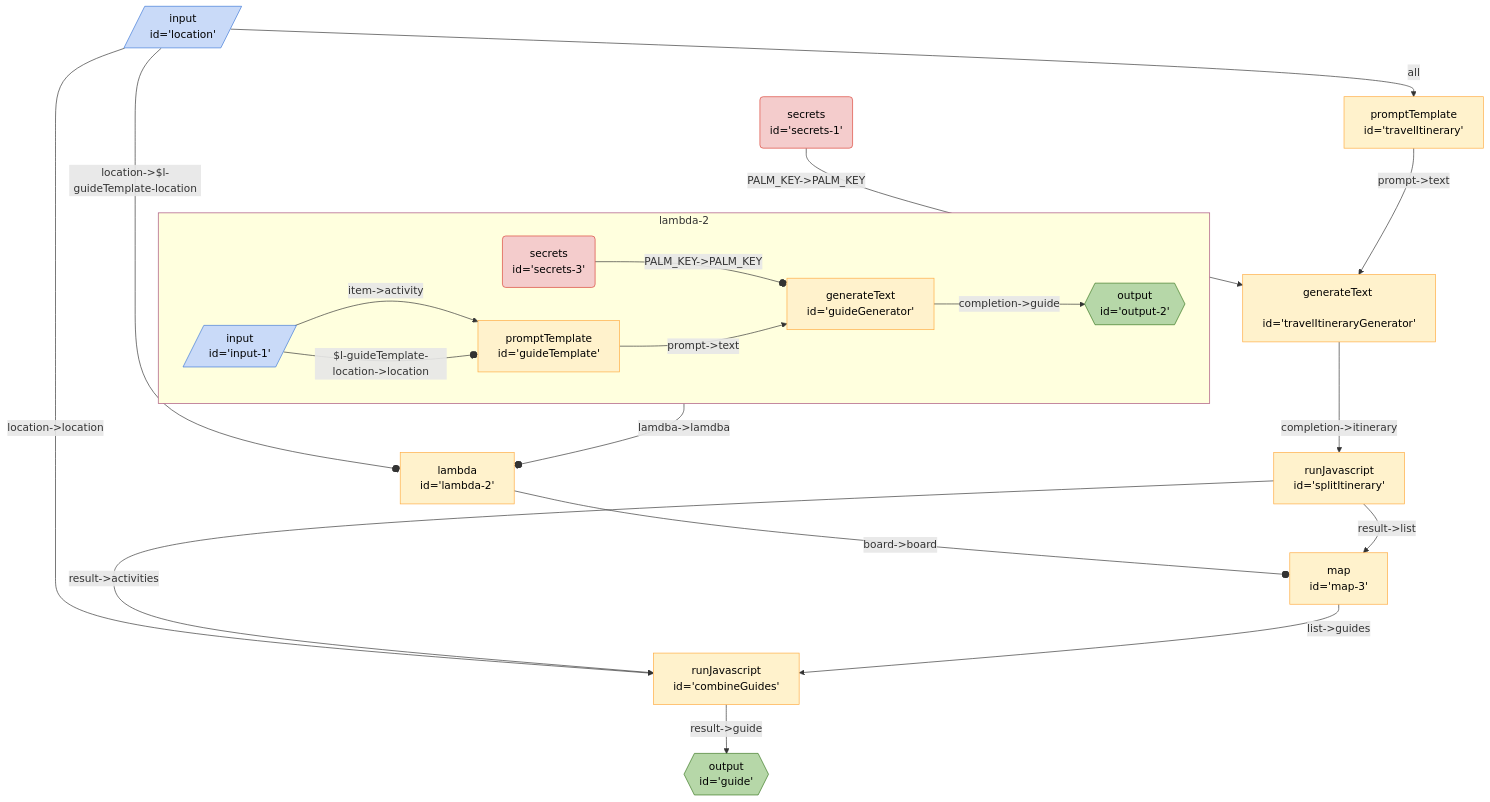
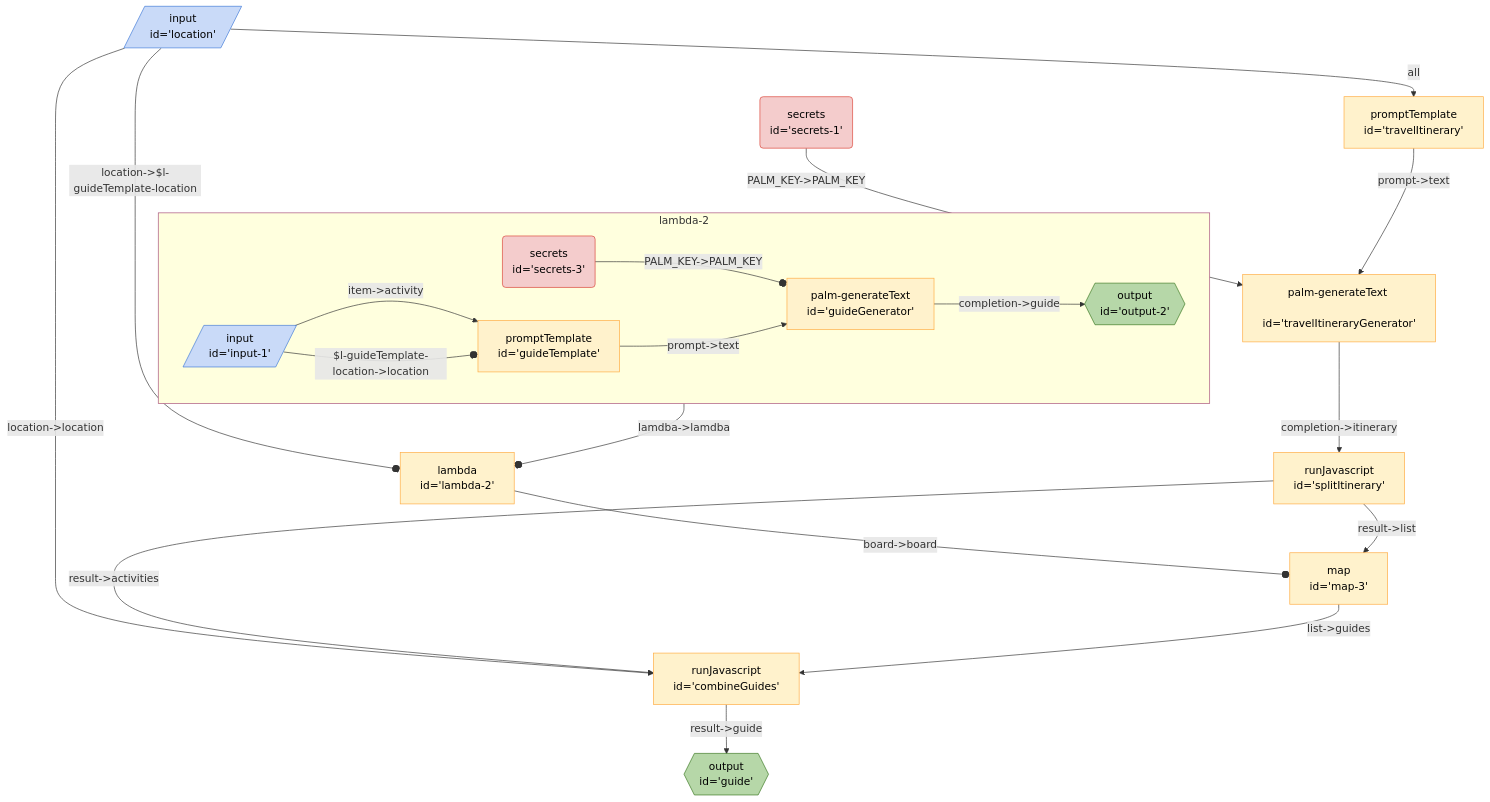
Before and after one commit to breadboard-ai/breadboard: the diagram in seeds/breadboard-web/docs/graphs/tour-guide-writer.md, drawn with Mermaid. The commit also changed 55 other files, not shown here.

````diff
--- a/seeds/breadboard-web/docs/graphs/tour-guide-writer.md
+++ b/seeds/breadboard-web/docs/graphs/tour-guide-writer.md
@@ -3,32 +3,32 @@
 ```mermaid
 %%{init: 'themeVariables': { 'fontFamily': 'Fira Code, monospace' }}%%
 graph TD;
-secrets1("secrets <br> id='secrets-1'"):::secrets -- "PALM_KEY->PALM_KEY" --> travelItineraryGenerator["generateText <br> id='travelItineraryGenerator'"]
+secrets1("secrets <br> id='secrets-1'"):::secrets -- "PALM_KEY->PALM_KEY" --> travelItineraryGenerator["palm-generateText <br> id='travelItineraryGenerator'"]
 location[/"input <br> id='location'"/]:::input -- "location->$l-guideTemplate-location" --o lambda2["lambda <br> id='lambda-2'"]
 lambda2["lambda <br> id='lambda-2'"] -- "board->board" --o map3["map <br> id='map-3'"]
 subgraph sg_lambda2 [lambda-2]
-lambda2_secrets3("secrets <br> id='secrets-3'"):::secrets -- "PALM_KEY->PALM_KEY" --o lambda2_guideGenerator["generateText <br> id='guideGenerator'"]
-lambda2_guideGenerator["generateText <br> id='guideGenerator'"] -- "completion->guide" --> lambda2_output2{{"output <br> id='output-2'"}}:::output
-lambda2_guideTemplate["promptTemplate <br> id='guideTemplate'"] -- "prompt->text" --> lambda2_guideGenerator["generateText <br> id='guideGenerator'"]
+lambda2_secrets3("secrets <br> id='secrets-3'"):::secrets -- "PALM_KEY->PALM_KEY" --o lambda2_guideGenerator["palm-generateText <br> id='guideGenerator'"]
+lambda2_guideGenerator["palm-generateText <br> id='guideGenerator'"] -- "completion->guide" --> lambda2_output2{{"output <br> id='output-2'"}}:::output
+lambda2_guideTemplate["promptTemplate <br> id='guideTemplate'"] -- "prompt->text" --> lambda2_guideGenerator["palm-generateText <br> id='guideGenerator'"]
 lambda2_input1[/"input <br> id='input-1'"/]:::input -- "item->activity" --> lambda2_guideTemplate["promptTemplate <br> id='guideTemplate'"]
 lambda2_input1[/"input <br> id='input-1'"/]:::input -- "$l-guideTemplate-location->location" --o lambda2_guideTemplate["promptTemplate <br> id='guideTemplate'"]
 end
 sg_lambda2:::slotted -- "lamdba->lamdba" --o lambda2
 
 combineGuides["runJavascript <br> id='combineGuides'"] -- "result->guide" --> guide{{"output <br> id='guide'"}}:::output
 location[/"input <br> id='location'"/]:::input -- "location->location" --> combineGuides["runJavascript <br> id='combineGuides'"]
 splitItinerary["runJavascript <br> id='splitItinerary'"] -- "result->activities" --> combineGuides["runJavascript <br> id='combineGuides'"]
 map3["map <br> id='map-3'"] -- "list->guides" --> combineGuides["runJavascript <br> id='combineGuides'"]
 splitItinerary["runJavascript <br> id='splitItinerary'"] -- "result->list" --> map3["map <br> id='map-3'"]
-travelItineraryGenerator["generateText <br> id='travelItineraryGenerator'"] -- "completion->itinerary" --> splitItinerary["runJavascript <br> id='splitItinerary'"]
-travelItinerary["promptTemplate <br> id='travelItinerary'"] -- "prompt->text" --> travelItineraryGenerator["generateText <br> id='travelItineraryGenerator'"]
+travelItineraryGenerator["palm-generateText <br> id='travelItineraryGenerator'"] -- "completion->itinerary" --> splitItinerary["runJavascript <br> id='splitItinerary'"]
+travelItinerary["promptTemplate <br> id='travelItinerary'"] -- "prompt->text" --> travelItineraryGenerator["palm-generateText <br> id='travelItineraryGenerator'"]
 location[/"input <br> id='location'"/]:::input -- all --> travelItinerary["promptTemplate <br> id='travelItinerary'"]
 classDef default stroke:#ffab40,fill:#fff2ccff,color:#000
 classDef input stroke:#3c78d8,fill:#c9daf8ff,color:#000
 classDef output stroke:#38761d,fill:#b6d7a8ff,color:#000
 classDef passthrough stroke:#a64d79,fill:#ead1dcff,color:#000
 classDef slot stroke:#a64d79,fill:#ead1dcff,color:#000
 classDef config stroke:#a64d79,fill:#ead1dcff,color:#000
 classDef secrets stroke:#db4437,fill:#f4cccc,color:#000
 classDef slotted stroke:#a64d79
 ```
````
